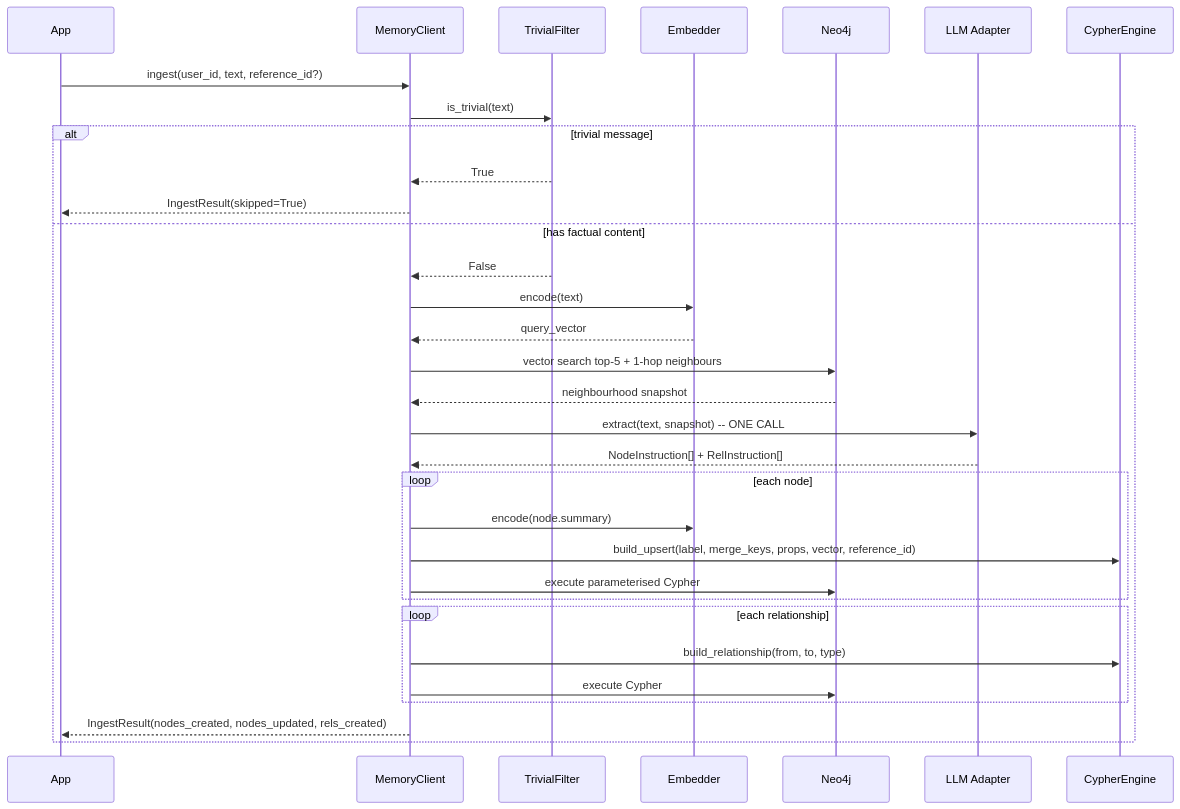
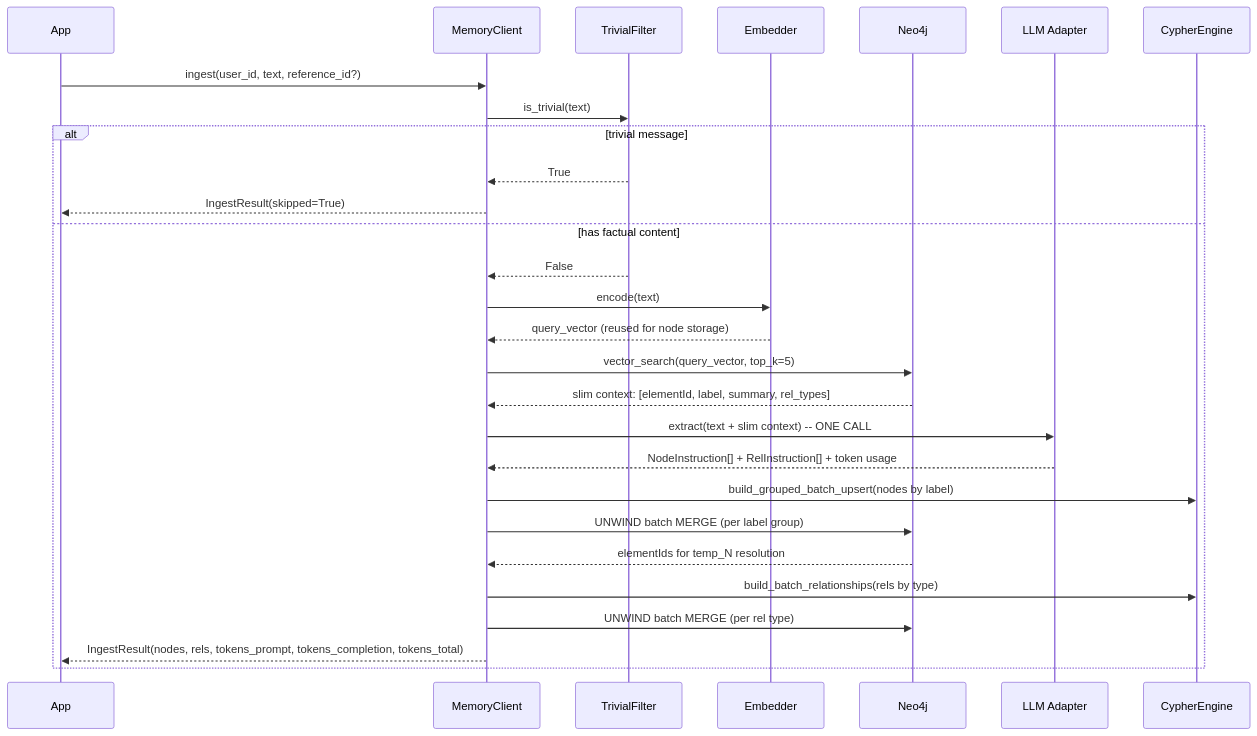
The second of 3 diagrams in docs/overview.md (hackdavid/engram-memory), drawn with Mermaid before and after one commit. The commit also changed other lines of this file and 22 other files, not shown here.

````diff
--- a/docs/overview.md
+++ b/docs/overview.md
@@ -98,35 +98,31 @@
 ```mermaid
 sequenceDiagram
     participant App
     participant Client as MemoryClient
     participant Filter as TrivialFilter
     participant Emb as Embedder
     participant Graph as Neo4j
     participant LLM as LLM Adapter
     participant Engine as CypherEngine
 
     App->>Client: ingest(user_id, text, reference_id?)
     Client->>Filter: is_trivial(text)
     alt trivial message
         Filter-->>Client: True
         Client-->>App: IngestResult(skipped=True)
     else has factual content
         Filter-->>Client: False
         Client->>Emb: encode(text)
-        Emb-->>Client: query_vector
-        Client->>Graph: vector search top-5 + 1-hop neighbours
-        Graph-->>Client: neighbourhood snapshot
-        Client->>LLM: extract(text, snapshot) -- ONE CALL
-        LLM-->>Client: NodeInstruction[] + RelInstruction[]
-        loop each node
-            Client->>Emb: encode(node.summary)
-            Client->>Engine: build_upsert(label, merge_keys, props, vector, reference_id)
-            Client->>Graph: execute parameterised Cypher
-        end
-        loop each relationship
-            Client->>Engine: build_relationship(from, to, type)
-            Client->>Graph: execute Cypher
-        end
-        Client-->>App: IngestResult(nodes_created, nodes_updated, rels_created)
+        Emb-->>Client: query_vector (reused for node storage)
+        Client->>Graph: vector_search(query_vector, top_k=5)
+        Graph-->>Client: slim context: [elementId, label, summary, rel_types]
+        Client->>LLM: extract(text + slim context) -- ONE CALL
+        LLM-->>Client: NodeInstruction[] + RelInstruction[] + token usage
+        Client->>Engine: build_grouped_batch_upsert(nodes by label)
+        Client->>Graph: UNWIND batch MERGE (per label group)
+        Graph-->>Client: elementIds for temp_N resolution
+        Client->>Engine: build_batch_relationships(rels by type)
+        Client->>Graph: UNWIND batch MERGE (per rel type)
+        Client-->>App: IngestResult(nodes, rels, tokens_prompt, tokens_completion, tokens_total)
     end
 ```
````
